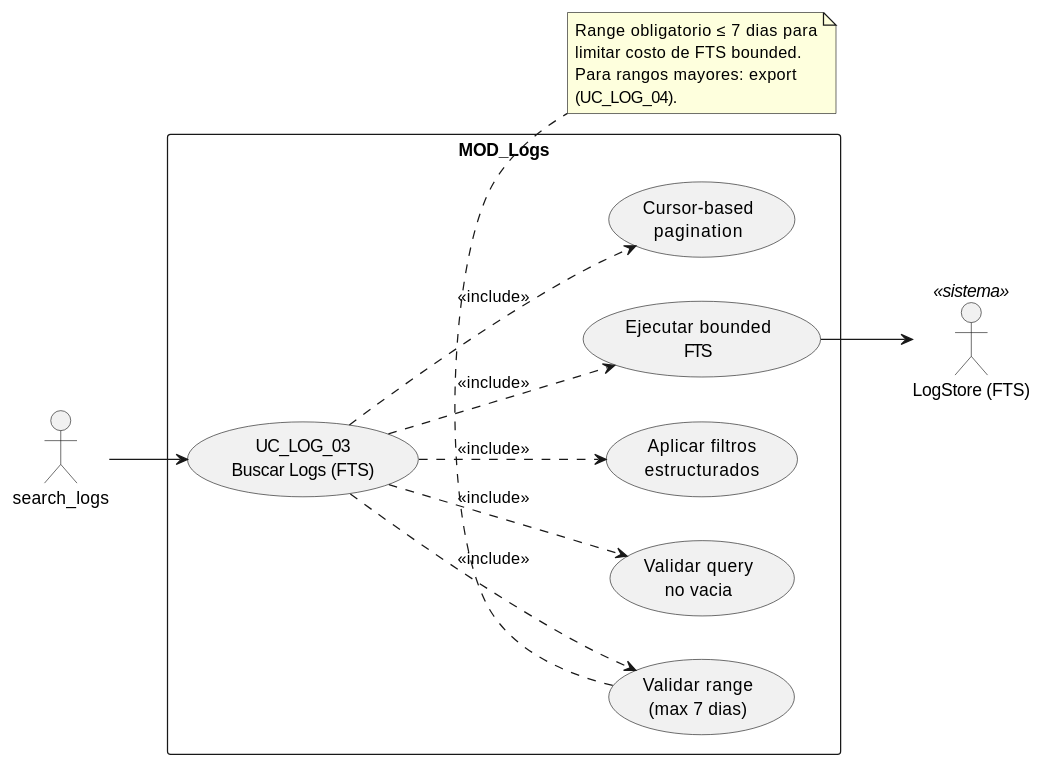
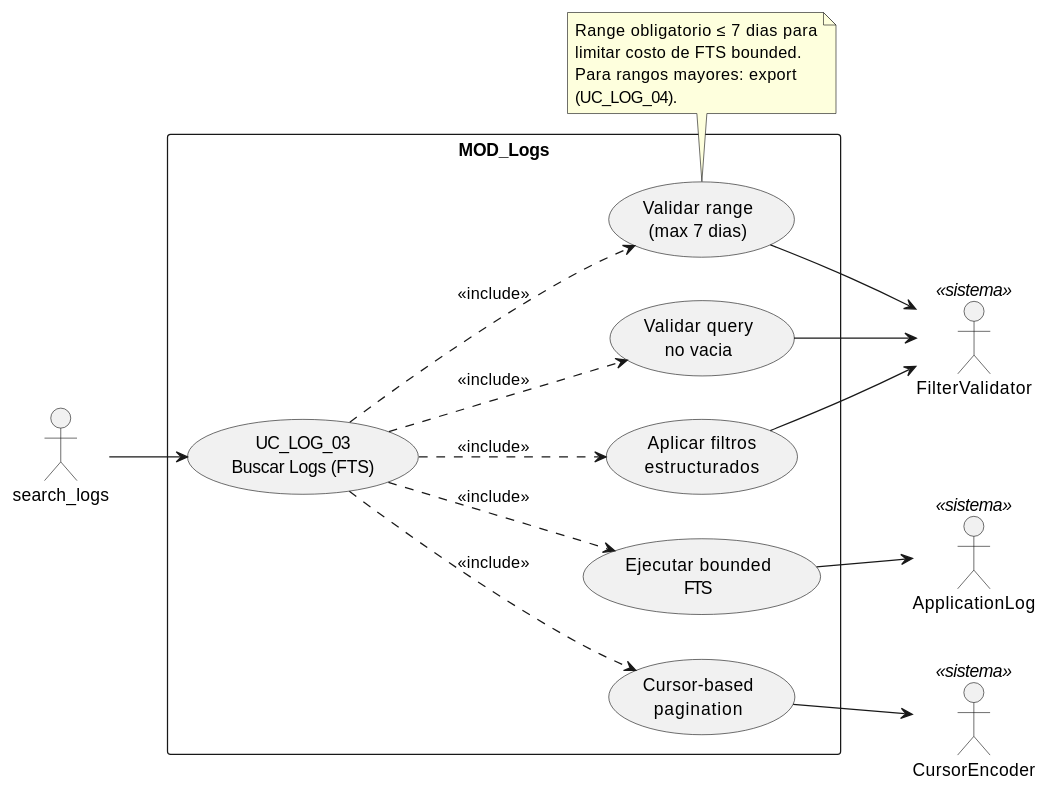
Before and after one commit to jcg-admin/IACT-docs: the diagram in source/requisitos/casos-uso/logs/uc-log-03/diagramas-uml/diagrama-de-caso-de-uso.rst, drawn with PlantUML. The commit also changed other lines of this file and 52 other files, not shown here.

```diff
--- a/source/requisitos/casos-uso/logs/uc-log-03/diagramas-uml/diagrama-de-caso-de-uso.rst
+++ b/source/requisitos/casos-uso/logs/uc-log-03/diagramas-uml/diagrama-de-caso-de-uso.rst
@@ -4,36 +4,42 @@
 .. uml::
  :caption: UC_LOG_03 — actores y casos asociados
 
  @startuml
 
  left to right direction
 
  actor "search_logs" as INVOKER
- actor "LogStore (FTS)" as STORE <<sistema>>
+ actor "ApplicationLog" as LOG <<sistema>>
+ actor "FilterValidator" as FV <<sistema>>
+ actor "CursorEncoder" as CE <<sistema>>
 
  rectangle "MOD_Logs" {
    usecase "UC_LOG_03\nBuscar Logs (FTS)" as UC_LOG_03
    usecase "Validar query\nno vacia" as VALIDAR_QUERY
    usecase "Validar range\n(max 7 dias)" as VALIDAR_RANGE
    usecase "Aplicar filtros\nestructurados" as FILTROS
    usecase "Ejecutar bounded\nFTS" as FTS_QUERY
    usecase "Cursor-based\npagination" as PAGINACION
  }
 
  INVOKER --> UC_LOG_03
  UC_LOG_03 ..> VALIDAR_QUERY : <<include>>
  UC_LOG_03 ..> VALIDAR_RANGE : <<include>>
  UC_LOG_03 ..> FILTROS : <<include>>
  UC_LOG_03 ..> FTS_QUERY : <<include>>
  UC_LOG_03 ..> PAGINACION : <<include>>
 
- FTS_QUERY --> STORE
+ VALIDAR_QUERY --> FV
+ VALIDAR_RANGE --> FV
+ FILTROS --> FV
+ FTS_QUERY --> LOG
+ PAGINACION --> CE
 
  note bottom of VALIDAR_RANGE
    Range obligatorio ≤ 7 dias para
    limitar costo de FTS bounded.
    Para rangos mayores: export
    (UC_LOG_04).
  end note
 
  @enduml
```
